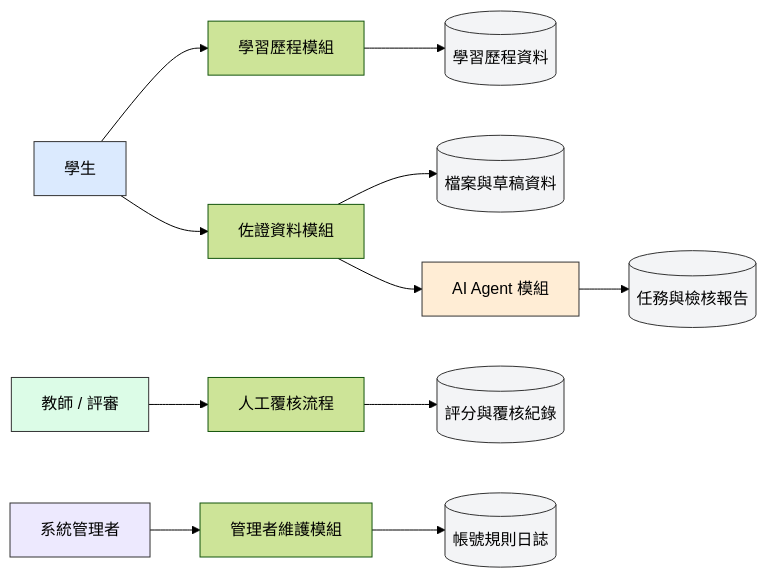
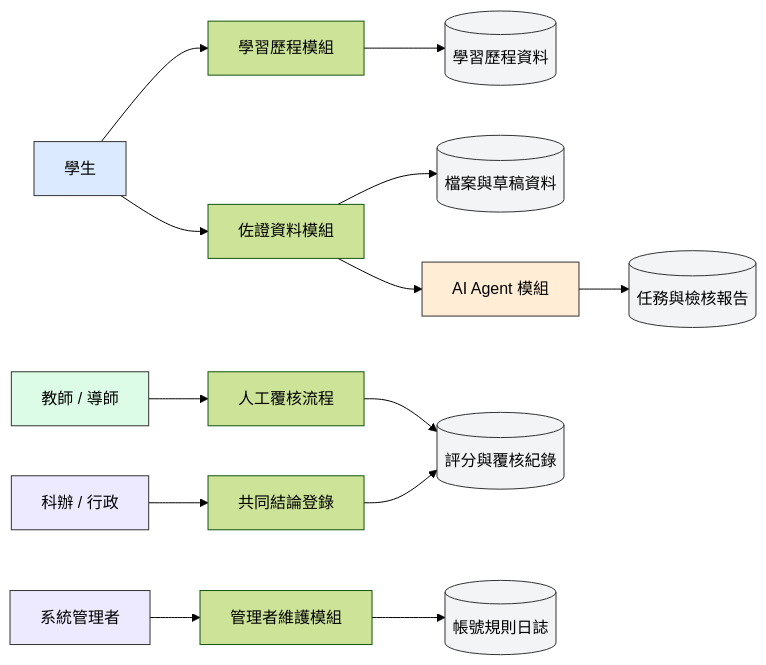
The tenth of 14 diagrams in docs/diagrams.md (vujhdcusa/1028), drawn with Mermaid (forest theme) before and after one commit. The commit also changed other lines of this file and 114 other files, not shown here.

````diff
--- a/docs/diagrams.md
+++ b/docs/diagrams.md
@@ -248,19 +275,21 @@
 ```mermaid
 flowchart LR
     classDef student fill:#DBEAFE,stroke:#333;
     classDef teacher fill:#DCFCE7,stroke:#333;
     classDef admin fill:#EDE9FE,stroke:#333;
     classDef ai fill:#FFEDD5,stroke:#333;
     classDef db fill:#F3F4F6,stroke:#333;
 
     Student[學生]:::student --> P1[學習歷程模組]
     P1 --> D1[(學習歷程資料)]:::db
     Student --> P2[佐證資料模組]
     P2 --> D2[(檔案與草稿資料)]:::db
     P2 --> P3[AI Agent 模組]:::ai
     P3 --> D3[(任務與檢核報告)]:::db
-    Teacher[教師 / 評審]:::teacher --> P4[人工覆核流程]
+    Teacher[教師 / 導師]:::teacher --> P4[人工覆核流程]
     P4 --> D4[(評分與覆核紀錄)]:::db
+    Staff[科辦 / 行政]:::admin --> P6[共同結論登錄]
+    P6 --> D4
     Admin[系統管理者]:::admin --> P5[管理者維護模組]
     P5 --> D5[(帳號規則日誌)]:::db
 ```
````
